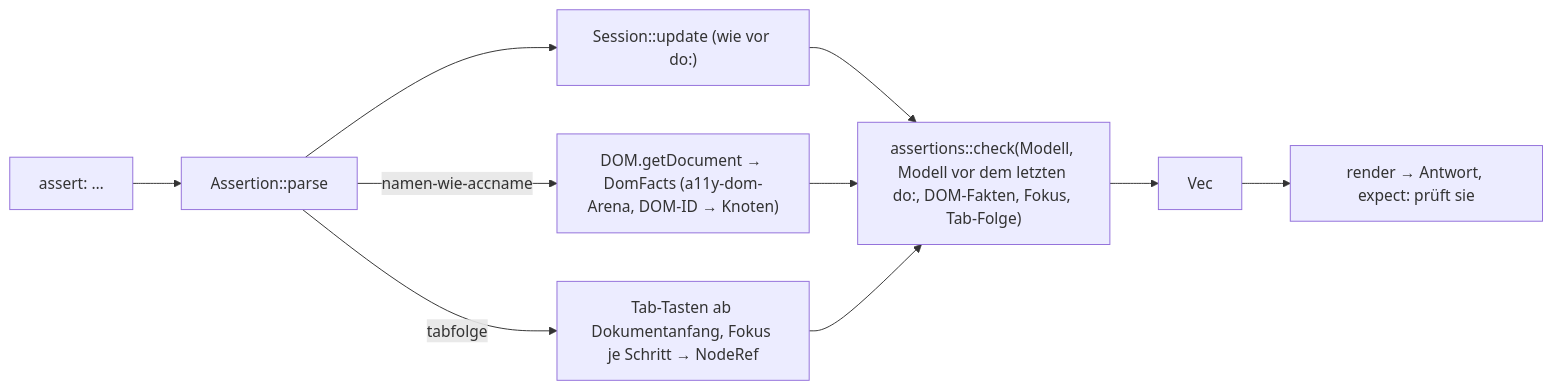
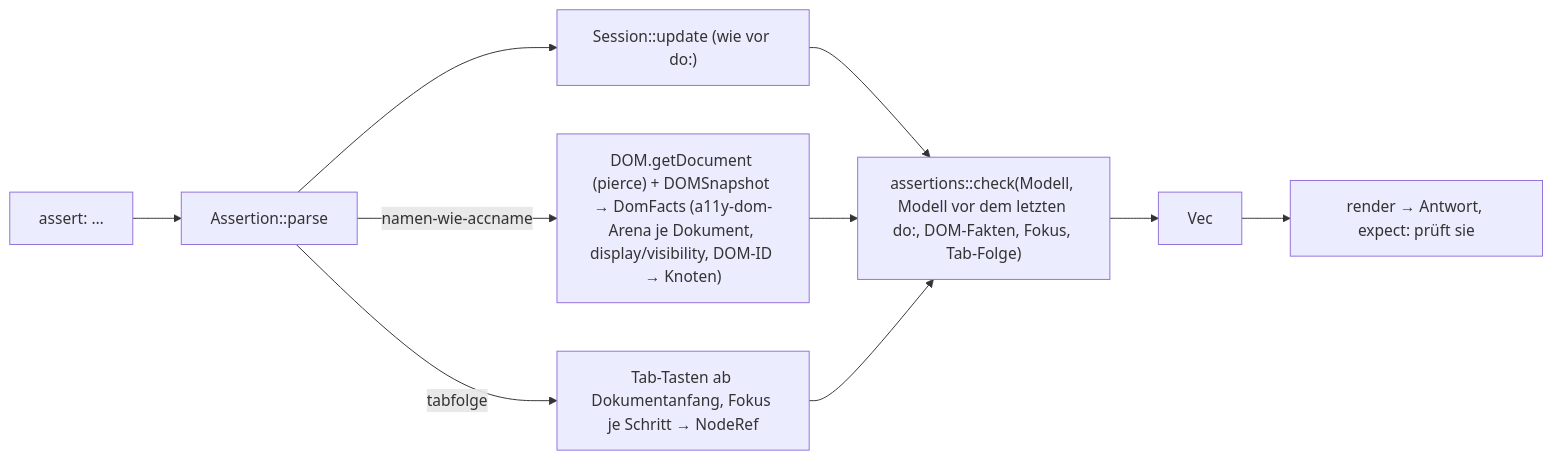
One commit to casoon/relief changed the fourth of 4 diagrams in docs/architecture.md. Above: the diagram before and after it, drawn with Mermaid. The commit also changed other lines of this file and 11 other files, not shown here.

````diff
--- a/docs/architecture.md
+++ b/docs/architecture.md
@@ -282,11 +282,11 @@
 ```mermaid
 flowchart LR
   L["assert: …"] --> P["Assertion::parse"]
   P --> U["Session::update (wie vor do:)"]
-  P -->|"namen-wie-accname"| D["DOM.getDocument → DomFacts (a11y-dom-Arena, DOM-ID → Knoten)"]
+  P -->|"namen-wie-accname"| D["DOM.getDocument (pierce) + DOMSnapshot → DomFacts (a11y-dom-Arena je Dokument, display/visibility, DOM-ID → Knoten)"]
   P -->|"tabfolge"| T["Tab-Tasten ab Dokumentanfang, Fokus je Schritt → NodeRef"]
   U --> C["assertions::check(Modell, Modell vor dem letzten do:, DOM-Fakten, Fokus, Tab-Folge)"]
   D --> C
   T --> C
   C --> F["Vec<a11y_report::Finding>"] --> R["render → Antwort, expect: prüft sie"]
 ```
````
